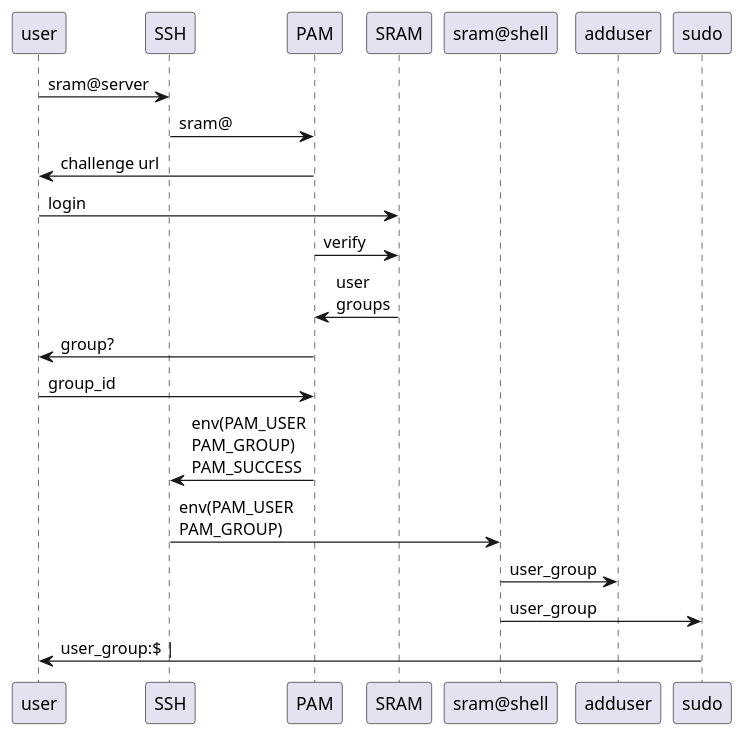
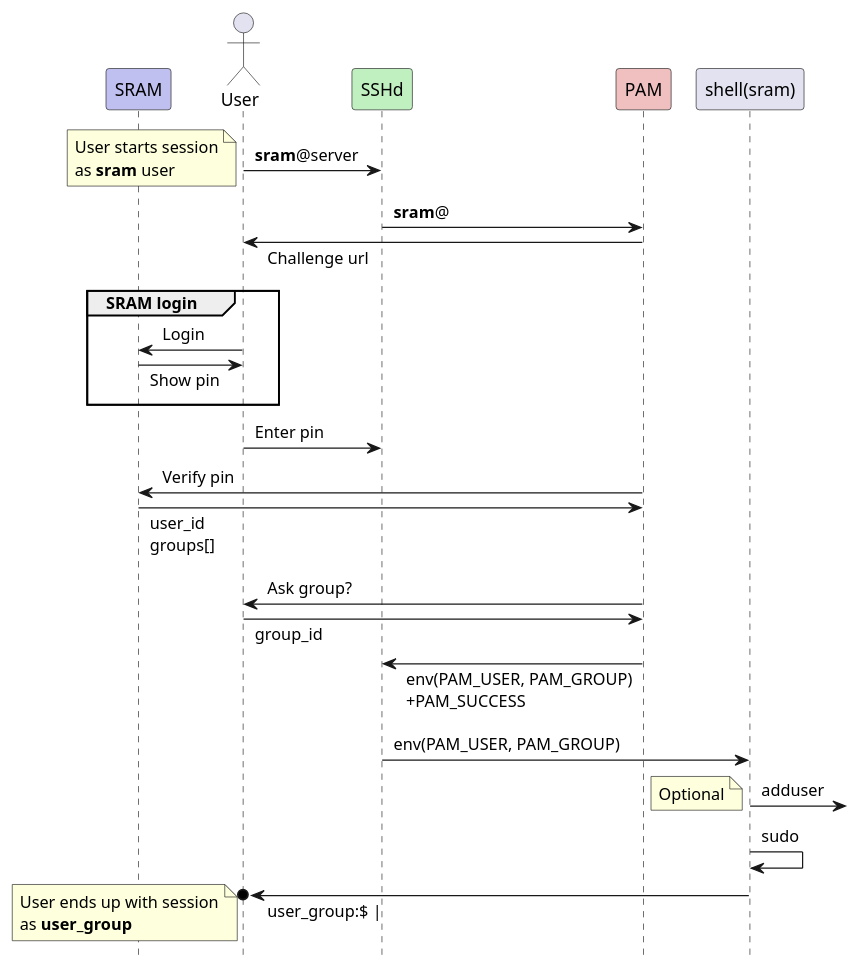
Before and after one commit to SURFscz/pam-weblogin: the diagram in shell/smart_shell.plantuml, drawn with PlantUML. The commit also changed 2 other files, not shown here.

Commit message:
Add Smart shell UML diagram

```diff
--- a/shell/smart_shell.plantuml
+++ b/shell/smart_shell.plantuml
@@ -1,15 +1,40 @@
 @startuml
-user -> SSH: sram@server
-SSH -> PAM: sram@
-PAM -> user: challenge url
-user -> SRAM: login
-PAM -> SRAM: verify
-SRAM -> PAM: user\ngroups
-PAM -> user: group?
-user -> PAM: group_id
-PAM -> SSH: env(PAM_USER\nPAM_GROUP)\nPAM_SUCCESS
-SSH -> sram@shell: env(PAM_USER\nPAM_GROUP)
-sram@shell -> adduser: user_group
-sram@shell -> sudo: user_group
-sudo -> user: user_group:$ |
+skinparam ParticipantPadding 5
+skinparam SequenceMessagePadding 2
+skinparam responseMessageBelowArrow true
+hide footbox
+
+participant "SRAM" as SRAM #c0c0f0
+actor "User"  as user
+participant "SSHd" as SSH #c0f0c0
+participant "PAM" as PAM #f0c0c0
+participant "shell(sram)" as sram@shell
+
+user -> SSH: **sram**@server
+note left: User starts session\nas **sram** user
+
+SSH -> PAM: **sram**@
+user <- PAM: Challenge url
+
+group SRAM login
+user -> SRAM: Login
+user <- SRAM: Show pin
+end
+
+user -> SSH: Enter pin
+PAM -> SRAM: Verify pin
+PAM <- SRAM: user_id\ngroups[]
+PAM -> user: Ask group?
+PAM <- user: group_id
+
+SSH <- PAM: env(PAM_USER, PAM_GROUP)\n+PAM_SUCCESS
+SSH -> sram@shell: env(PAM_USER, PAM_GROUP)
+
+sram@shell ->]: adduser
+note left: Optional
+
+sram@shell -> sram@shell: sudo
+
+user o<- sram@shell: user_group:$ |
+note left: User ends up with session\nas **user_group**
 @enduml
```
